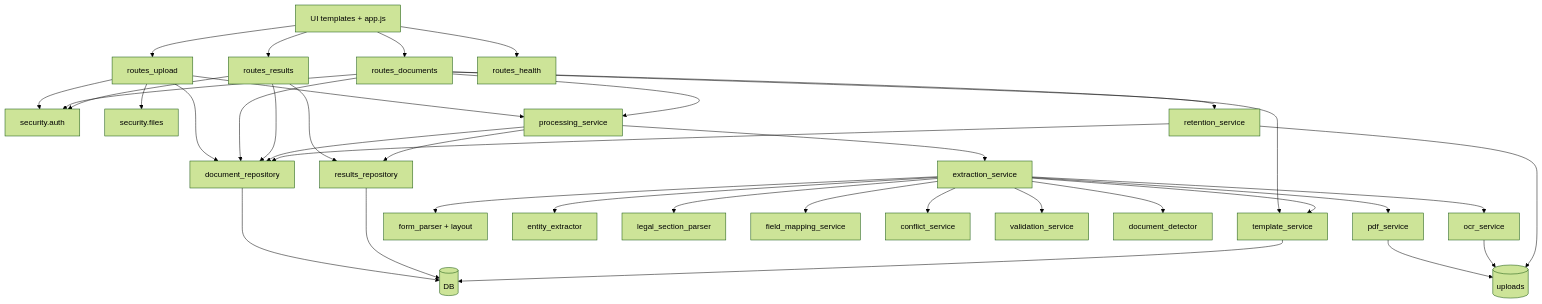
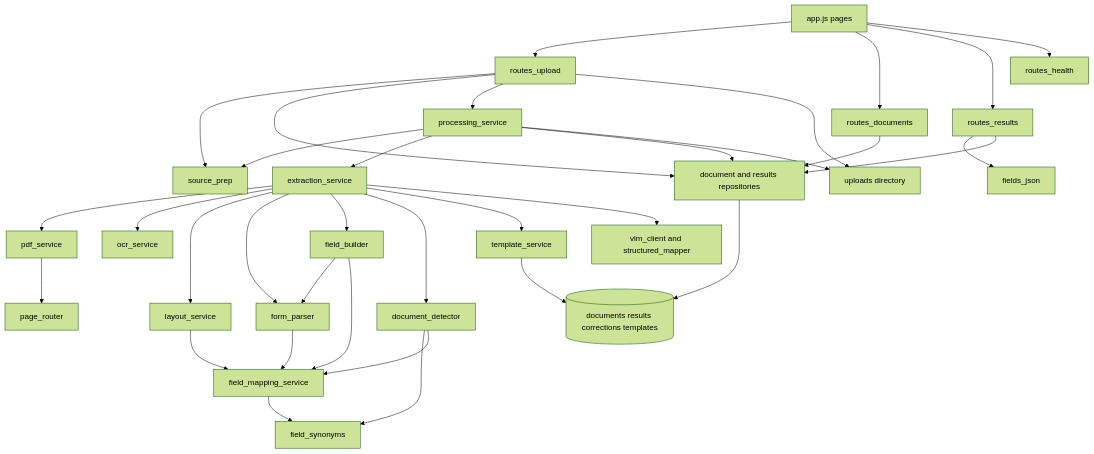
One commit to BCSS-Nandeep/CHARGE_SHEET_OCR changed the third of 3 diagrams in CHARGE_SHEET_OCR-application-analysis.md. Above: the diagram before and after it, drawn with Mermaid (forest theme). The commit also changed other lines of this file and 3 other files, not shown here.

````diff
--- a/CHARGE_SHEET_OCR-application-analysis.md
+++ b/CHARGE_SHEET_OCR-application-analysis.md
@@ -525,64 +874,60 @@
 ```mermaid
 flowchart TD
-    UI[UI templates + app.js]
+    UI[app.js pages]
     UP[routes_upload]
     DOC[routes_documents]
     RES[routes_results]
-    HL[routes_health]
-    AUTH[security.auth]
-    FILES[security.files]
+    HEALTH[routes_health]
     PROC[processing_service]
-    EX[extraction_service]
+    PREP[source_prep]
+    EXT[extraction_service]
     PDF[pdf_service]
+    ROUTE[page_router]
     OCR[ocr_service]
-    FP[form_parser + layout]
-    ENT[entity_extractor]
-    LEG[legal_section_parser]
+    LAY[layout_service]
+    FORM[form_parser]
+    BUILD[field_builder]
     MAP[field_mapping_service]
-    CON[conflict_service]
-    VAL[validation_service]
+    SYN[field_synonyms]
+    JSON[fields_json]
+    VLM[vlm_client and structured_mapper]
     DET[document_detector]
     TPL[template_service]
-    DREP[document_repository]
-    RREP[results_repository]
-    RET[retention_service]
-    DB[(DB)]
-    FS[(uploads)]
+    REPO[document and results repositories]
+    DB[(documents results corrections templates)]
+    FS[uploads directory]
 
     UI --> UP
     UI --> DOC
     UI --> RES
-    UI --> HL
-    UP --> AUTH
-    UP --> FILES
-    UP --> DREP
+    UI --> HEALTH
+    UP --> PREP
+    UP --> REPO
     UP --> PROC
-    DOC --> AUTH
-    DOC --> DREP
-    DOC --> PROC
-    DOC --> RET
-    DOC --> TPL
-    RES --> AUTH
-    RES --> DREP
-    RES --> RREP
-    PROC --> EX
-    PROC --> DREP
-    PROC --> RREP
-    EX --> PDF
-    EX --> OCR
-    EX --> FP
-    EX --> ENT
-    EX --> LEG
-    EX --> MAP
-    EX --> CON
-    EX --> VAL
-    EX --> DET
-    EX --> TPL
-    PDF --> FS
-    OCR --> FS
-    DREP --> DB
-    RREP --> DB
+    PROC --> PREP
+    PROC --> EXT
+    PROC --> REPO
+    EXT --> PDF
+    PDF --> ROUTE
+    EXT --> OCR
+    EXT --> LAY
+    EXT --> FORM
+    EXT --> BUILD
+    BUILD --> FORM
+    BUILD --> MAP
+    FORM --> MAP
+    LAY --> MAP
+    MAP --> SYN
+    DET --> SYN
+    DET --> MAP
+    EXT --> DET
+    EXT --> TPL
+    EXT --> VLM
+    RES --> JSON
+    RES --> REPO
+    DOC --> REPO
     TPL --> DB
-    RET --> FS
-    RET --> DREP
+    REPO --> DB
+    UP --> FS
+    PROC --> FS
 ```
````
